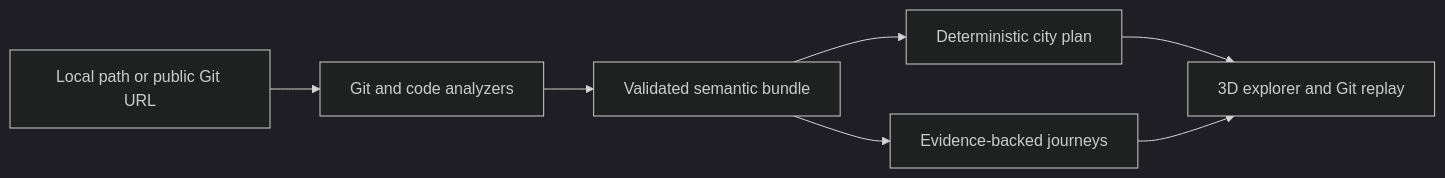
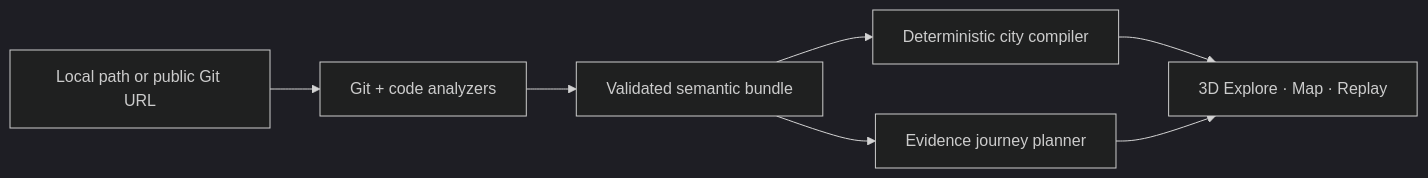
Before and after one commit to ChanTso/repocity: the second of 2 diagrams in README.md, drawn with Mermaid (dark theme). The commit also changed other lines of this file and 92 other files, not shown here.

````diff
--- a/README.md
+++ b/README.md
@@ -118,9 +113,9 @@
 ```mermaid
 flowchart LR
-    A["Local path or public Git URL"] --> B["Git and code analyzers"]
+    A["Local path or public Git URL"] --> B["Git + code analyzers"]
     B --> C["Validated semantic bundle"]
-    C --> D["Deterministic city plan"]
-    D --> E["3D explorer and Git replay"]
-    C --> F["Evidence-backed journeys"]
+    C --> D["Deterministic city compiler"]
+    D --> E["3D Explore · Map · Replay"]
+    C --> F["Evidence journey planner"]
     F --> E
 ```
````
